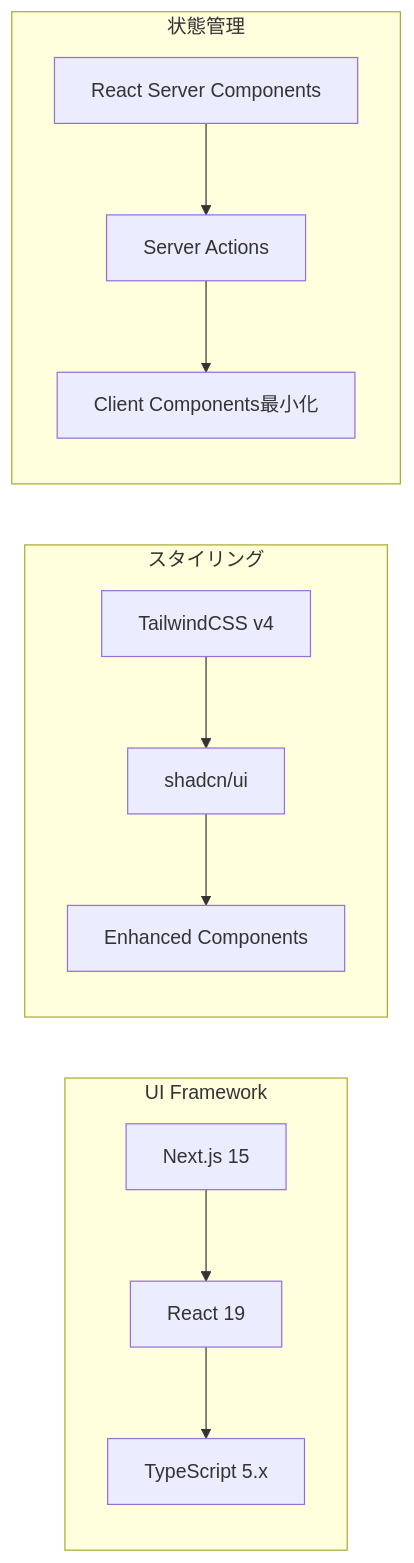
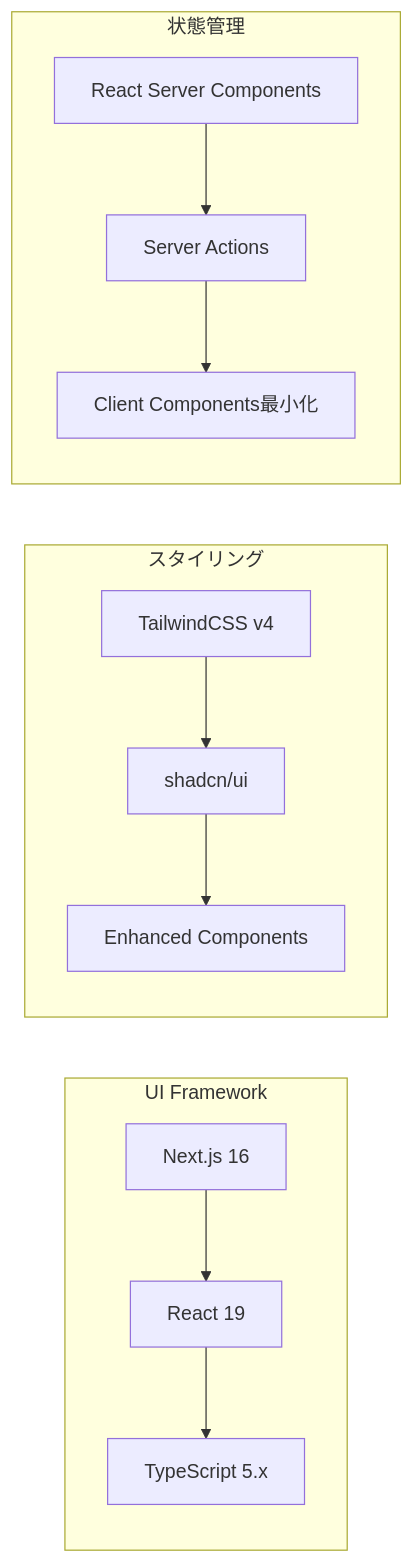
The eighth of 18 diagrams in _DOCS/architecture/overview.md (derushio/d-next-ddd-example), drawn with Mermaid before and after one commit. The commit also changed other lines of this file and 102 other files, not shown here.

````diff
--- a/_DOCS/architecture/overview.md
+++ b/_DOCS/architecture/overview.md
@@ -333,27 +332,27 @@
 ```mermaid
 graph LR
     subgraph "UI Framework"
-        NEXT[Next.js 15]
+        NEXT[Next.js 16]
         REACT[React 19]
         TS[TypeScript 5.x]
     end
 
     subgraph "スタイリング"
         TAILWIND[TailwindCSS v4]
         SHADCN[shadcn/ui]
         ENHANCED[Enhanced Components]
     end
 
     subgraph "状態管理"
         RSC[React Server Components]
         SA[Server Actions]
         CLIENT[Client Components最小化]
     end
 
     NEXT --> REACT
     REACT --> TS
     TAILWIND --> SHADCN
     SHADCN --> ENHANCED
     RSC --> SA
     SA --> CLIENT
 ```
````
